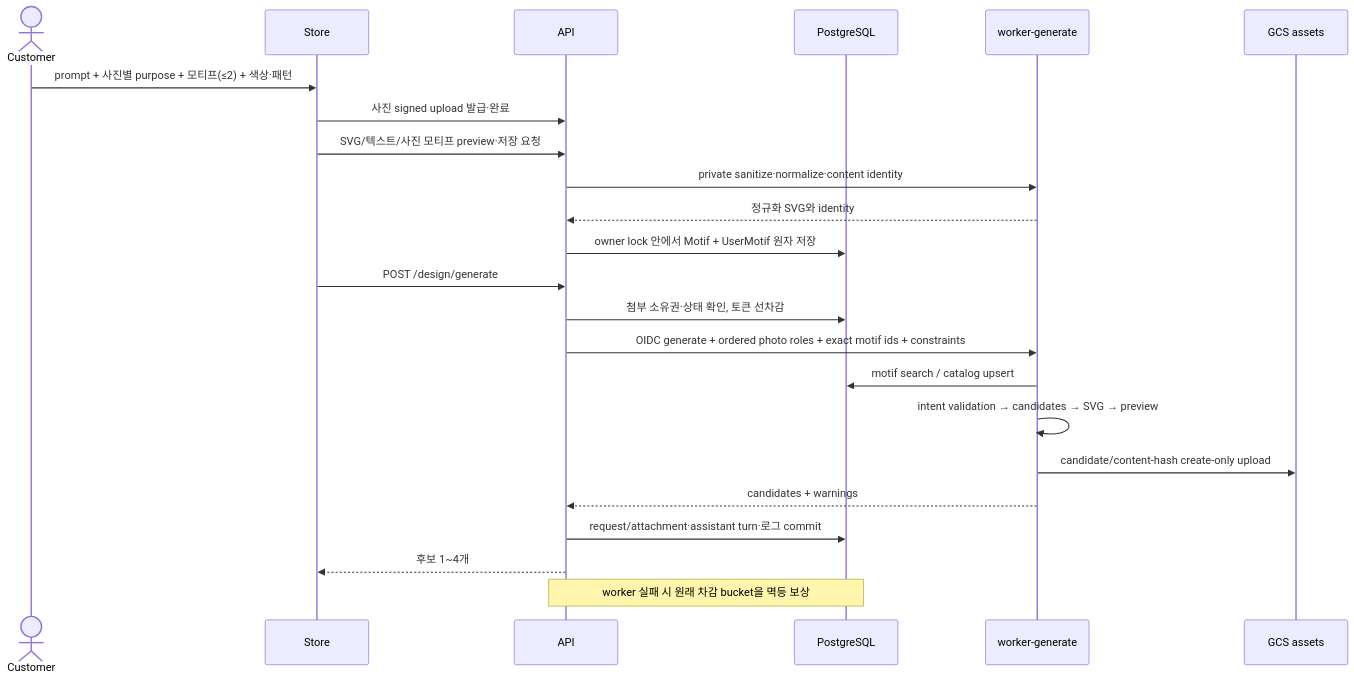
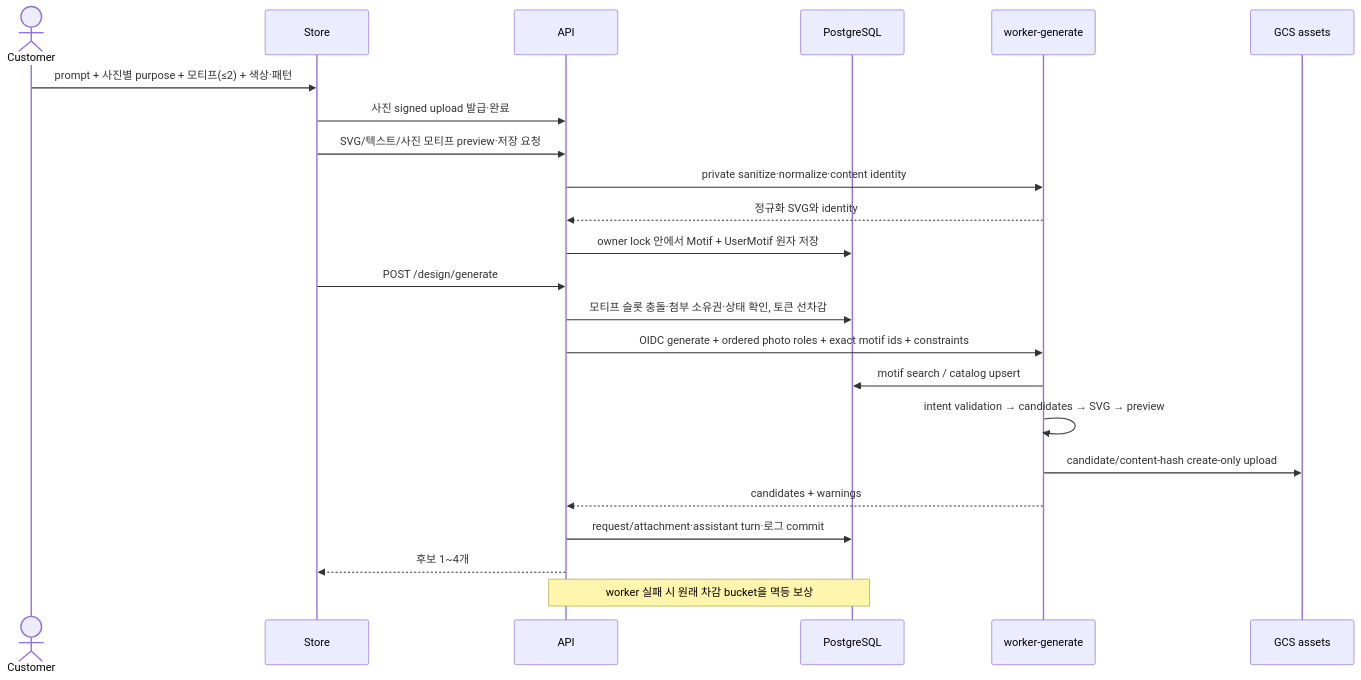
One commit to Bongseop-Kim/essesion changed the fifth of 8 diagrams in ARCHITECTURE.md. Above: the diagram before and after it, drawn with Mermaid. The commit also changed other lines of this file and 32 other files, not shown here.

````diff
--- a/ARCHITECTURE.md
+++ b/ARCHITECTURE.md
@@ -534,27 +536,27 @@
 ```mermaid
 sequenceDiagram
     actor U as Customer
     participant S as Store
     participant A as API
     participant DB as PostgreSQL
     participant W as worker-generate
     participant G as GCS assets
 
     U->>S: prompt + 사진별 purpose + 모티프(≤2) + 색상·패턴
     S->>A: 사진 signed upload 발급·완료
     S->>A: SVG/텍스트/사진 모티프 preview·저장 요청
     A->>W: private sanitize·normalize·content identity
     W-->>A: 정규화 SVG와 identity
     A->>DB: owner lock 안에서 Motif + UserMotif 원자 저장
     S->>A: POST /design/generate
-    A->>DB: 첨부 소유권·상태 확인, 토큰 선차감
+    A->>DB: 모티프 슬롯 충돌·첨부 소유권·상태 확인, 토큰 선차감
     A->>W: OIDC generate + ordered photo roles + exact motif ids + constraints
     W->>DB: motif search / catalog upsert
     W->>W: intent validation → candidates → SVG → preview
     W->>G: candidate/content-hash create-only upload
     W-->>A: candidates + warnings
     A->>DB: request/attachment·assistant turn·로그 commit
     A-->>S: 후보 1~4개
 
     Note over A,DB: worker 실패 시 원래 차감 bucket을 멱등 보상
 ```
````
